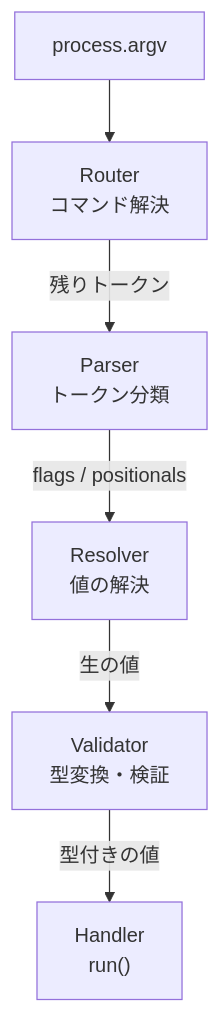
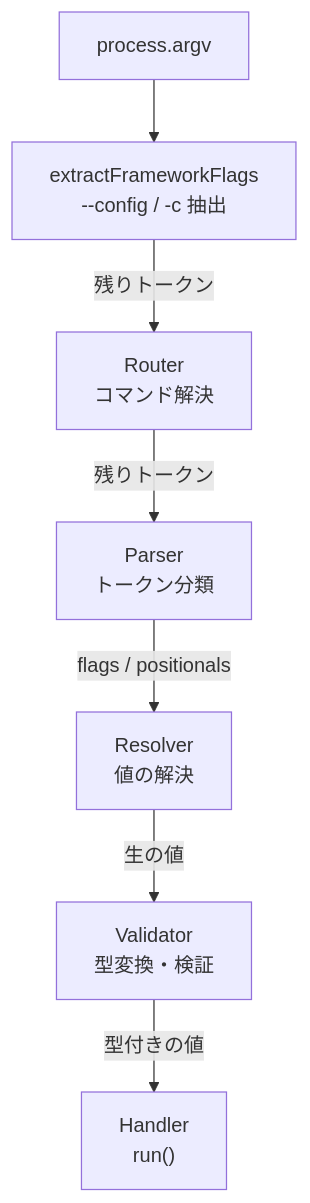
Before and after one commit to miyaoka/fsss: the first of 4 diagrams in docs/architecture.md, drawn with Mermaid. The commit also changed other lines of this file and 7 other files, not shown here.

````diff
--- a/docs/architecture.md
+++ b/docs/architecture.md
@@ -5,15 +5,17 @@
 ```mermaid
 flowchart TD
   argv["process.argv"]
+  extract["extractFrameworkFlags<br/>--config / -c 抽出"]
   router["Router<br/>コマンド解決"]
   parser["Parser<br/>トークン分類"]
   resolver["Resolver<br/>値の解決"]
   validator["Validator<br/>型変換・検証"]
   handler["Handler<br/>run()"]
 
-  argv --> router
+  argv --> extract
+  extract -- "残りトークン" --> router
   router -- "残りトークン" --> parser
   parser -- "flags / positionals" --> resolver
   resolver -- "生の値" --> validator
   validator -- "型付きの値" --> handler
 ```
````
